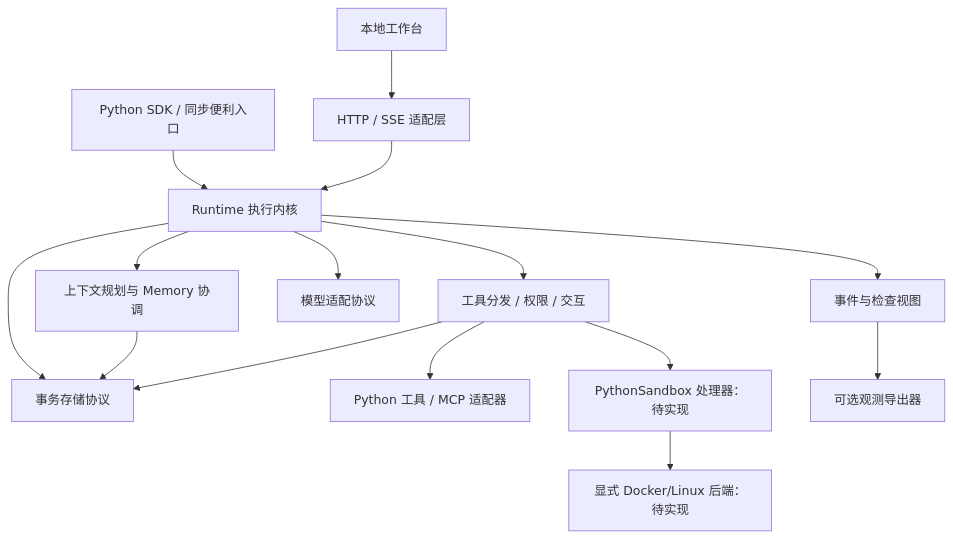
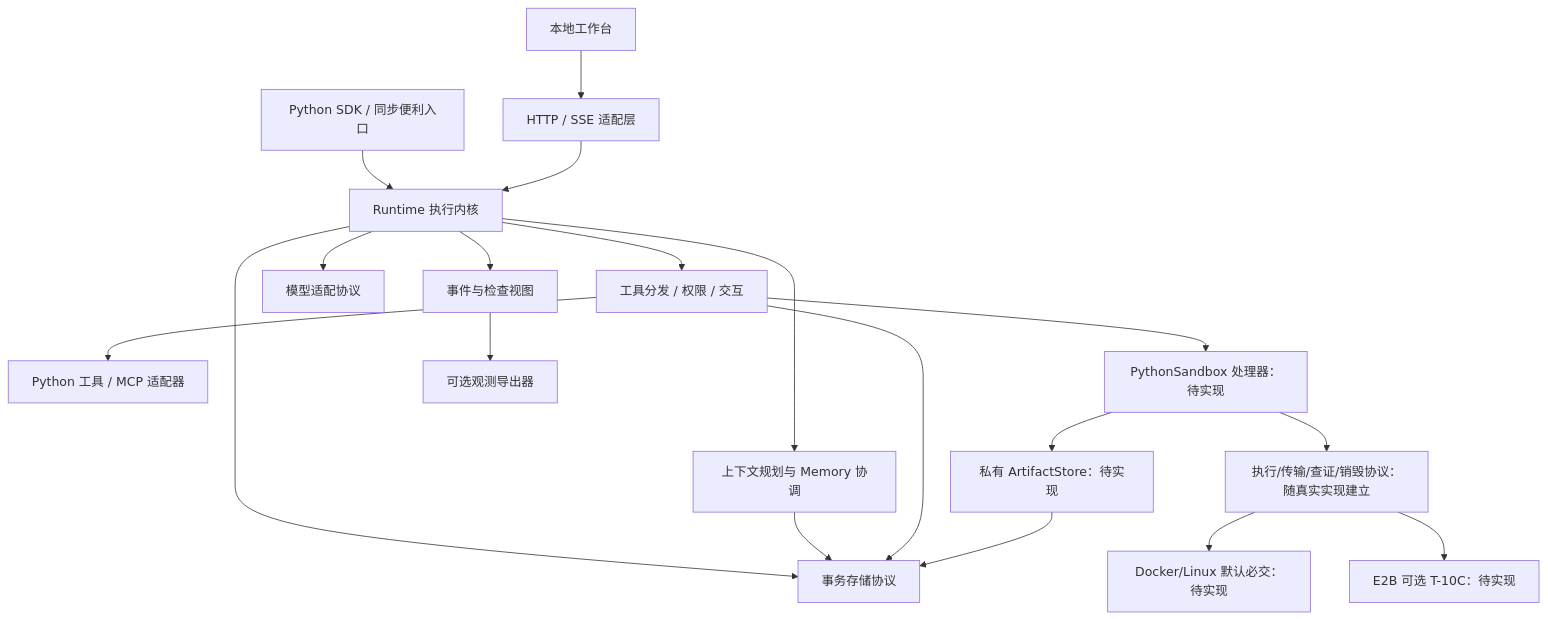
The diagram in docs/planning/architecture.md (drov-ai/drov), drawn with Mermaid before and after one commit. The commit also changed other lines of this file and 25 other files, not shown here.

````diff
--- a/docs/planning/architecture.md
+++ b/docs/planning/architecture.md
@@ -19,17 +19,21 @@
 ```mermaid
 flowchart TD
     SDK[Python SDK / 同步便利入口] --> R[Runtime 执行内核]
     UI[本地工作台] --> HTTP[HTTP / SSE 适配层]
     HTTP --> R
     R --> C[上下文规划与 Memory 协调]
     R --> T[工具分发 / 权限 / 交互]
     R --> P[模型适配协议]
     R --> S[事务存储协议]
     R --> E[事件与检查视图]
     C --> S
     T --> S
     T --> EXT[Python 工具 / MCP 适配器]
     T --> SB[PythonSandbox 处理器：待实现]
-    SB --> DB[显式 Docker/Linux 后端：待实现]
+    SB --> BP[执行/传输/查证/销毁协议：随真实实现建立]
+    BP --> DB[Docker/Linux 默认必交：待实现]
+    BP --> CB[E2B 可选 T-10C：待实现]
+    SB --> AS[私有 ArtifactStore：待实现]
+    AS --> S
     E --> O[可选观测导出器]
 ```
````
